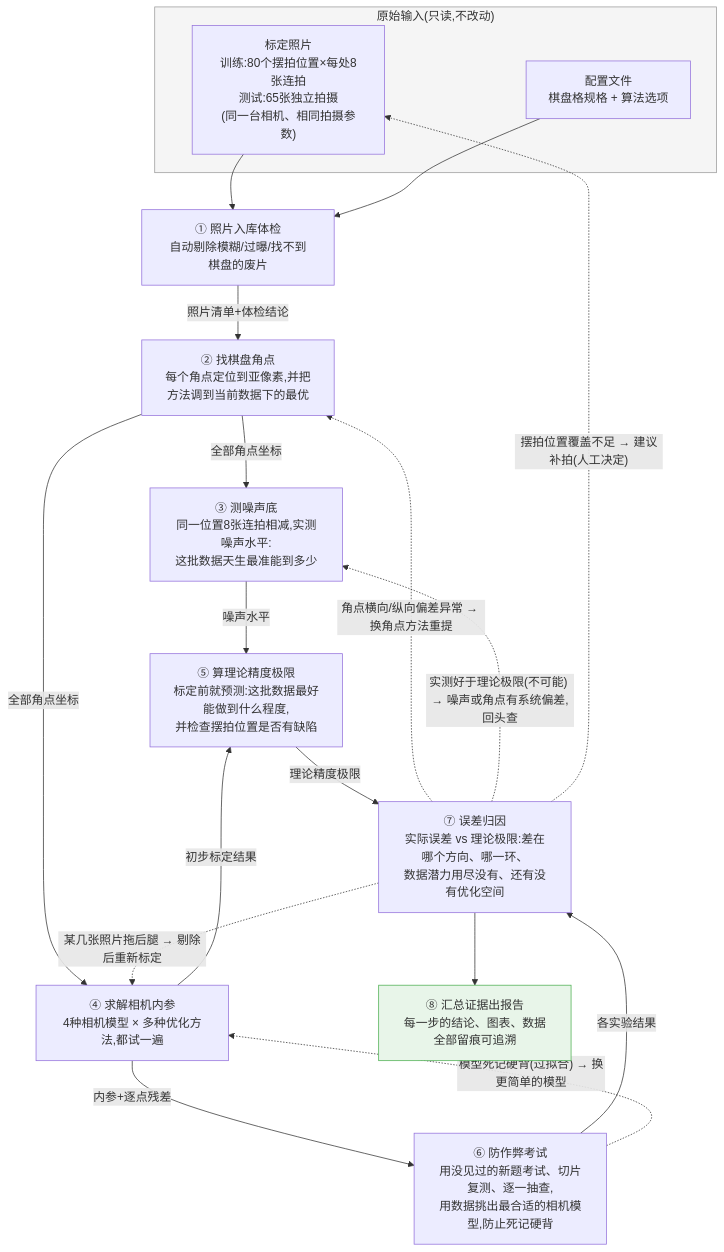
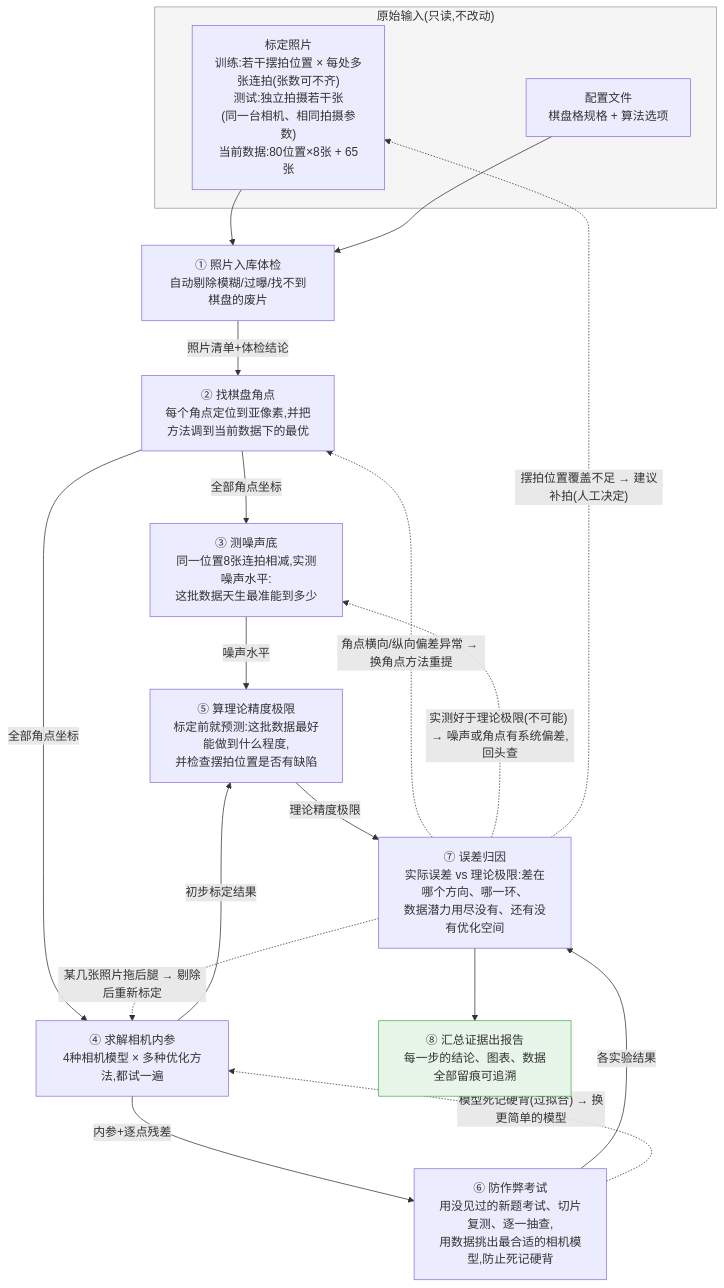
One commit to bayueyaoshao/intrinsic-calibration changed the diagram in docs/pipeline.md. Above: the diagram before and after it, drawn with Mermaid. The commit also changed 2 other files, not shown here.

Commit message:
docs: define v1 requirements (32 reqs)

````diff
--- a/docs/pipeline.md
+++ b/docs/pipeline.md
@@ -8,37 +8,37 @@
 ```mermaid
 flowchart TD
     subgraph IN["原始输入(只读,不改动)"]
-        DATA["标定照片<br/>训练:80个摆拍位置×每处8张连拍<br/>测试:65张独立拍摄<br/>(同一台相机、相同拍摄参数)"]
+        DATA["标定照片<br/>训练:若干摆拍位置 × 每处多张连拍(张数可不齐)<br/>测试:独立拍摄若干张<br/>(同一台相机、相同拍摄参数)<br/>当前数据:80位置×8张 + 65张"]
         CFG["配置文件<br/>棋盘格规格 + 算法选项"]
     end
 
     ING["① 照片入库体检<br/>自动剔除模糊/过曝/找不到棋盘的废片"]
     COR["② 找棋盘角点<br/>每个角点定位到亚像素,并把方法调到当前数据下的最优"]
     NOI["③ 测噪声底<br/>同一位置8张连拍相减,实测噪声水平:<br/>这批数据天生最准能到多少"]
     CAL["④ 求解相机内参<br/>4种相机模型 × 多种优化方法,都试一遍"]
     FSH["⑤ 算理论精度极限<br/>标定前就预测:这批数据最好能做到什么程度,<br/>并检查摆拍位置是否有缺陷"]
     EVA["⑥ 防作弊考试<br/>用没见过的新题考试、切片复测、逐一抽查,<br/>用数据挑出最合适的相机模型,防止死记硬背"]
     ANA["⑦ 误差归因<br/>实际误差 vs 理论极限:差在哪个方向、哪一环、<br/>数据潜力用尽没有、还有没有优化空间"]
     REP["⑧ 汇总证据出报告<br/>每一步的结论、图表、数据全部留痕可追溯"]
 
     DATA --> ING
     CFG --> ING
     ING -->|"照片清单+体检结论"| COR
     COR -->|"全部角点坐标"| NOI
     COR -->|"全部角点坐标"| CAL
     NOI -->|"噪声水平"| FSH
     CAL -->|"初步标定结果"| FSH
     FSH -->|"理论精度极限"| ANA
     CAL -->|"内参+逐点残差"| EVA
     EVA -->|"各实验结果"| ANA
     ANA --> REP
 
     ANA -. "某几张照片拖后腿 → 剔除后重新标定" .-> CAL
     ANA -. "角点横向/纵向偏差异常 → 换角点方法重提" .-> COR
     ANA -. "实测好于理论极限(不可能) → 噪声或角点有系统偏差,回头查" .-> NOI
     EVA -. "模型死记硬背(过拟合) → 换更简单的模型" .-> CAL
     ANA -. "摆拍位置覆盖不足 → 建议补拍(人工决定)" .-> DATA
 
     style IN fill:#f5f5f5,stroke:#999
     style REP fill:#e8f5e9,stroke:#4caf50
 ```
````
